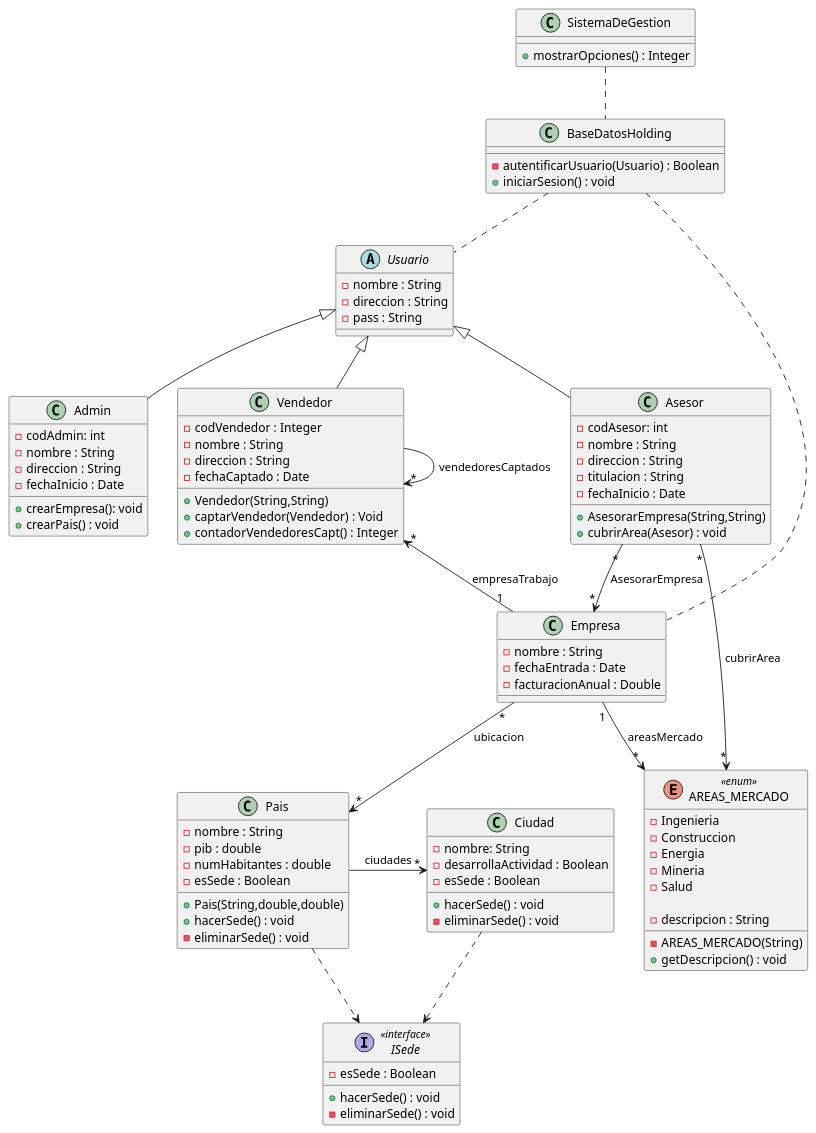
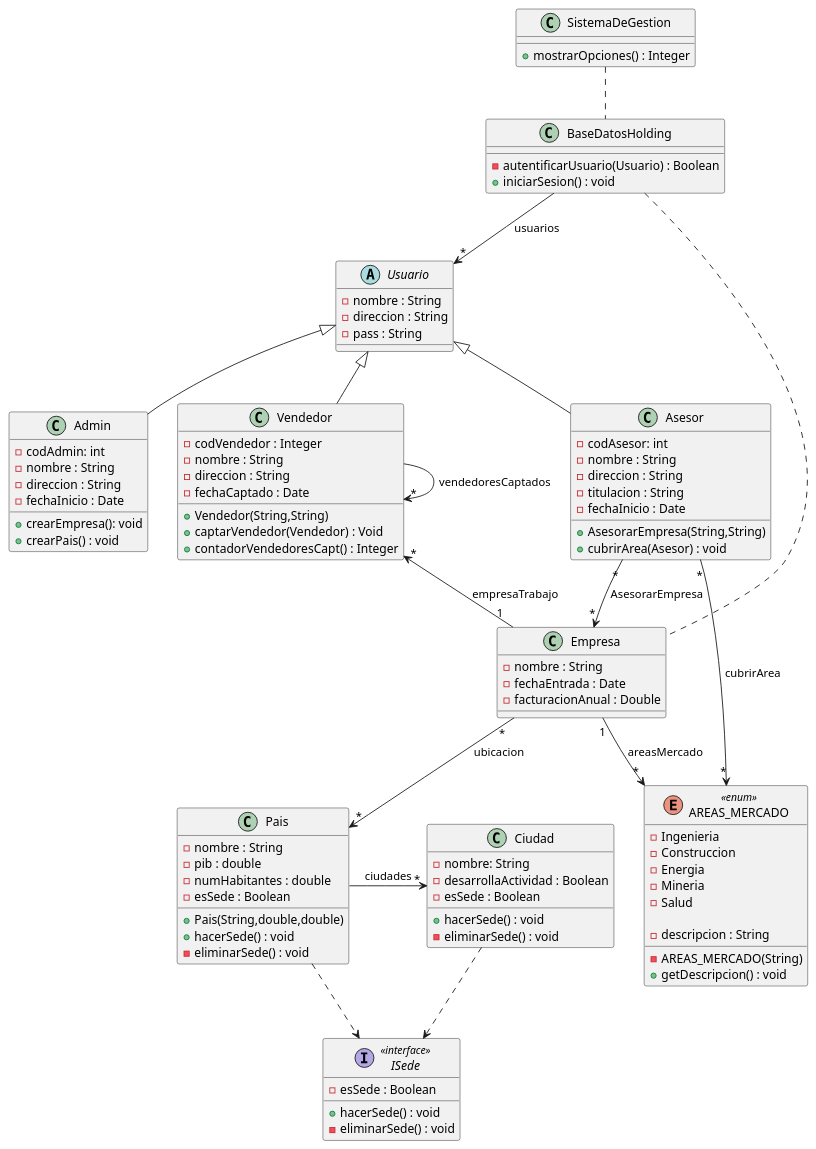
The diagram in proyecto-programacion2/src/holding/diagrama-de-clases.puml (maxi-stein/Proyecto-Programacion-2), drawn with PlantUML before and after one commit.

Commit message:
Modificacion UML
Se cambio la relacion entre Usuario y BaseDeDatos

```diff
--- a/proyecto-programacion2/src/holding/diagrama-de-clases.puml
+++ b/proyecto-programacion2/src/holding/diagrama-de-clases.puml
@@ -1,109 +1,109 @@
 @startuml
 class SistemaDeGestion{
 +mostrarOpciones() : Integer
 }
 
 class BaseDatosHolding{
 -autentificarUsuario(Usuario) : Boolean
 +iniciarSesion() : void
 }
 
 abstract Usuario{
 -nombre : String
 -direccion : String
 -pass : String
 }
 
 class Vendedor extends Usuario{
     -codVendedor : Integer
     -nombre : String
     -direccion : String
     -fechaCaptado : Date
     +Vendedor(String,String)
     +captarVendedor(Vendedor) : Void
     +contadorVendedoresCapt() : Integer
 }
 
 class Empresa{
     -nombre : String
     -fechaEntrada : Date
     -facturacionAnual : Double
 
 }
 
 enum  AREAS_MERCADO <<enum>> {
     -Ingenieria
     -Construccion
     -Energia
     -Mineria
     -Salud
 
     -descripcion : String
 
     -AREAS_MERCADO(String)
     +getDescripcion() : void
 
 }
 
 class Pais{
     -nombre : String
     -pib : double
     -numHabitantes : double
     -esSede : Boolean
 
     +Pais(String,double,double)
     +hacerSede() : void
     -eliminarSede() : void
 }
 
 class Ciudad{
     -nombre: String
     -desarrollaActividad : Boolean
     -esSede : Boolean
 
     +hacerSede() : void
     -eliminarSede() : void
 }
 
 interface ISede <<interface>>{
     -esSede : Boolean
     +hacerSede() : void
     -eliminarSede() : void
 }
 
 class Asesor extends Usuario{
 -codAsesor: int
 -nombre : String
 -direccion : String
 -titulacion : String
 -fechaInicio : Date
 +AsesorarEmpresa(String,String)
 +cubrirArea(Asesor) : void
 }
 
 class Admin extends Usuario{
 -codAdmin: int
 -nombre : String
 -direccion : String
 -fechaInicio : Date
 +crearEmpresa(): void
 +crearPais() : void
 
 }
 
 
 SistemaDeGestion -. BaseDatosHolding
-BaseDatosHolding -. Usuario
+BaseDatosHolding --> "*"Usuario : usuarios
 BaseDatosHolding -. Empresa
 Vendedor "*"<-- "1" Empresa : empresaTrabajo
 Vendedor -> "*" Vendedor : vendedoresCaptados
 Empresa "1"--> "*" AREAS_MERCADO : areasMercado
 Empresa "*" --> "*" Pais : ubicacion
 Pais -> "*" Ciudad : ciudades
 Pais -.> ISede
 Ciudad -.> ISede
 Asesor "*"--> "*" AREAS_MERCADO : cubrirArea
 Asesor "*" --> "*" Empresa : AsesorarEmpresa
 
 
 @enduml
```
